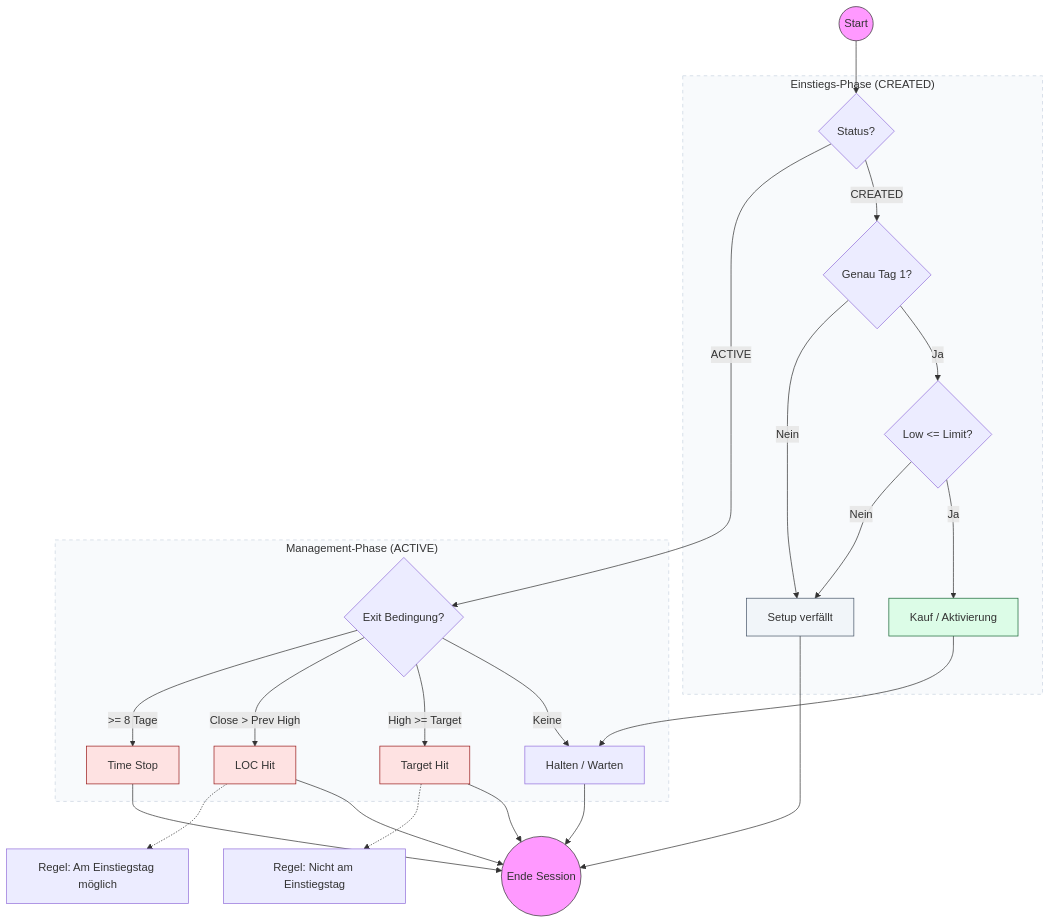
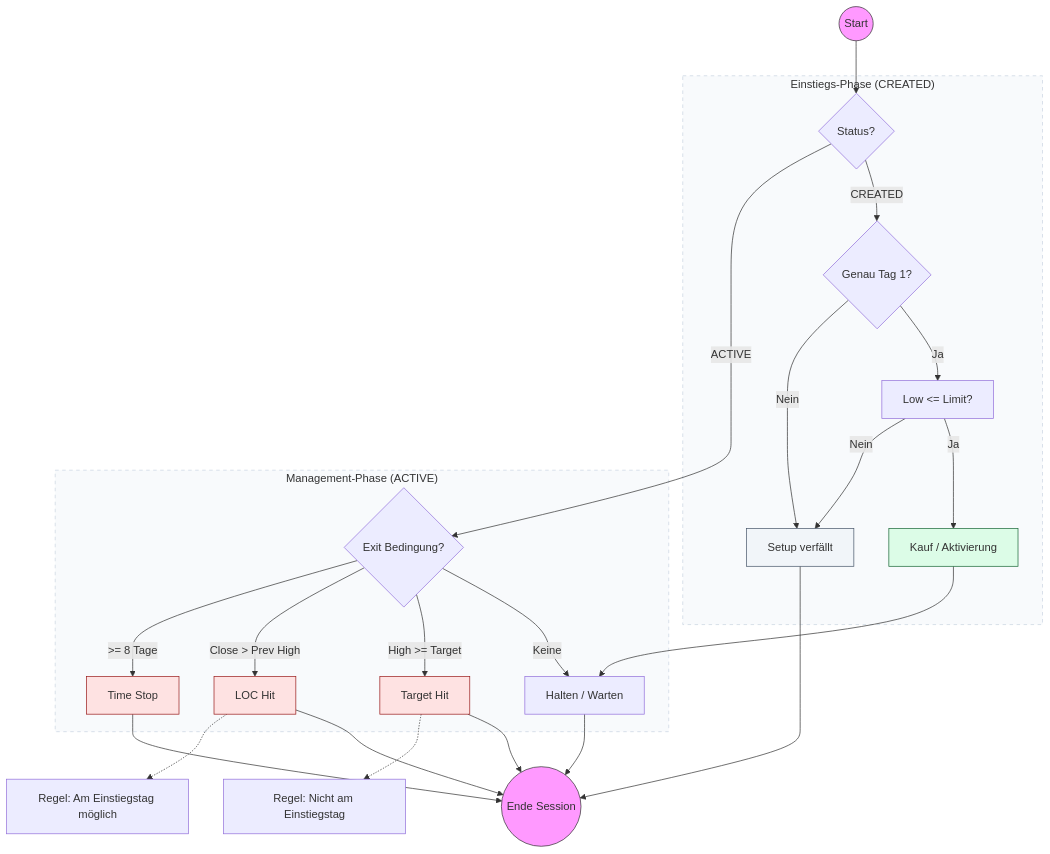
The diagram in .agents/skills/strategy-screener/playbook/dip_buyer.md (fxhuhn/croc-trader), drawn with Mermaid before and after one commit. The commit also changed 15 other files, not shown here.

````diff
--- a/.agents/skills/strategy-screener/playbook/dip_buyer.md
+++ b/.agents/skills/strategy-screener/playbook/dip_buyer.md
@@ -34,45 +34,45 @@
 ```mermaid
 graph TD
     Start((Start)) --> Status{Status?}
 
     subgraph Setup ["Einstiegs-Phase (CREATED)"]
     Status -- CREATED --> DayCheck{Genau Tag 1?}
-    DayCheck -- Ja --> LimitCheck{Low <= Limit?}
+    DayCheck -- Ja --> LimitCheck["Low <= Limit?"]
     LimitCheck -- Ja --> Buy[Kauf / Aktivierung]
     DayCheck -- Nein --> Inval[Setup verfällt]
     LimitCheck -- Nein --> Inval
     end
 
     subgraph Management ["Management-Phase (ACTIVE)"]
     Status -- ACTIVE --> ExitCheck{Exit Bedingung?}
     ExitCheck -- "Keine" --> Hold[Halten / Warten]
     ExitCheck -- "High >= Target" --> ExitTarget[Target Hit]
     ExitCheck -- "Close > Prev High" --> ExitLOC[LOC Hit]
     ExitCheck -- ">= 8 Tage" --> ExitTime[Time Stop]
     end
 
     %% Logische Verbindungen
     Buy --> Hold
 
     %% Zusammenführung der Endzustände zur Vermeidung von Überkreuzungen
     Hold --> Finish((Ende Session))
     ExitTarget --> Finish
     ExitLOC --> Finish
     ExitTime --> Finish
     Inval --> Finish
 
     %% Regeln als Tooltips/Anmerkungen seitlich
     ExitTarget -.-> Rule1["Regel: Nicht am Einstiegstag"]
     ExitLOC -.-> Rule2["Regel: Am Einstiegstag möglich"]
 
     %% Styling
     style Start fill:#f9f,stroke:#333
     style Finish fill:#f9f,stroke:#333
     style Buy fill:#dcfce7,stroke:#166534
     style ExitLOC fill:#fee2e2,stroke:#991b1b
     style ExitTarget fill:#fee2e2,stroke:#991b1b
     style ExitTime fill:#fee2e2,stroke:#991b1b
     style Inval fill:#f1f5f9,stroke:#475569
     style Setup fill:#f8fafc,stroke:#cbd5e1,stroke-dasharray: 5 5
     style Management fill:#f8fafc,stroke:#cbd5e1,stroke-dasharray: 5 5
 ```
````
